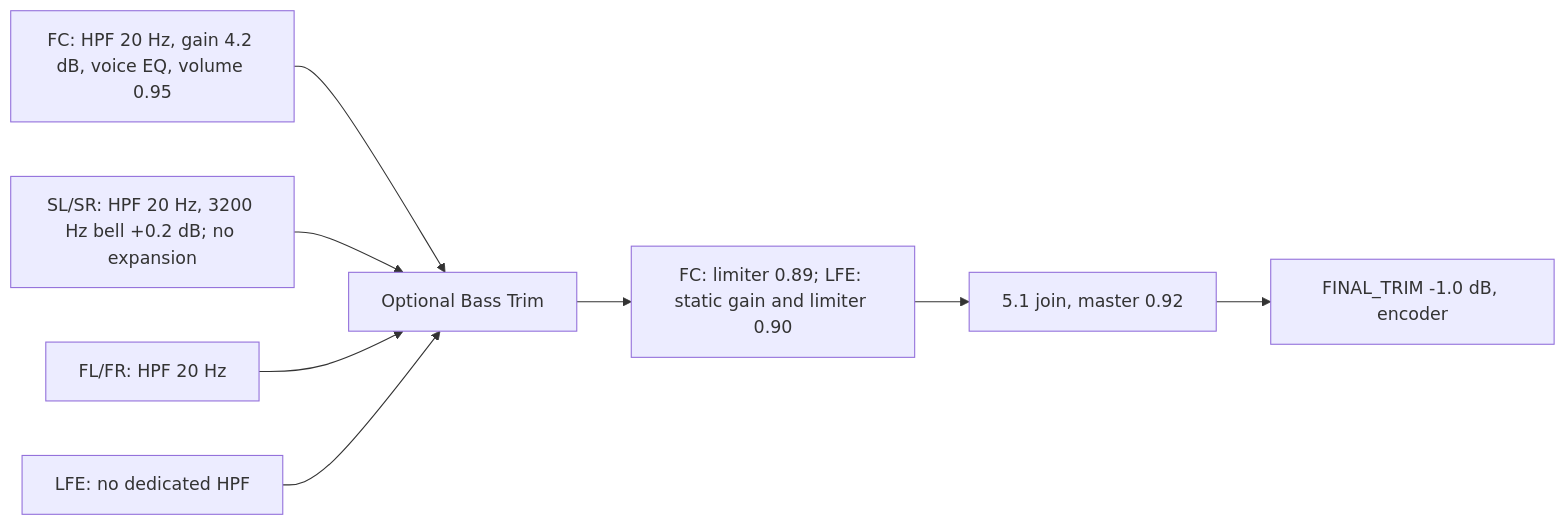
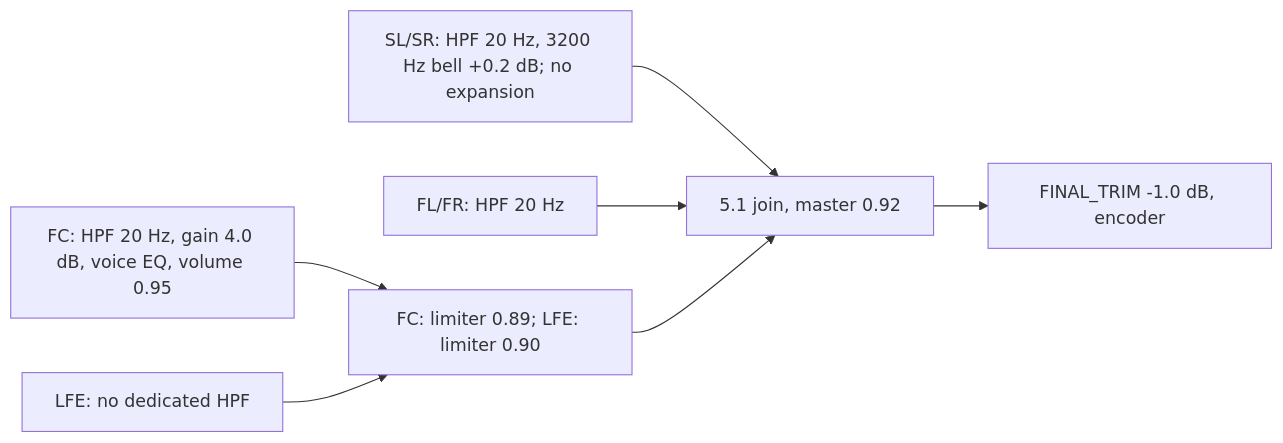
Before and after one commit to Damocle77/Psicoacustics: the diagram in README.en.md, drawn with Mermaid. The commit also changed other lines of this file and 6 other files, not shown here.

````diff
--- a/README.en.md
+++ b/README.en.md
@@ -470,10 +380,9 @@
 ```mermaid
 flowchart LR
-  FC["FC: HPF 20 Hz, gain 4.2 dB, voice EQ, volume 0.95"] --> BT["Optional Bass Trim"]
-  SUR["SL/SR: HPF 20 Hz, 3200 Hz bell +0.2 dB; no expansion"] --> BT
-  LR["FL/FR: HPF 20 Hz"] --> BT
-  LFE["LFE: no dedicated HPF"] --> BT
-  BT --> LIMIT["FC: limiter 0.89; LFE: static gain and limiter 0.90"]
+  FC["FC: HPF 20 Hz, gain 4.0 dB, voice EQ, volume 0.95"] --> LIMIT["FC: limiter 0.89; LFE: limiter 0.90"]
+  SUR["SL/SR: HPF 20 Hz, 3200 Hz bell +0.2 dB; no expansion"] --> JOIN
+  LR["FL/FR: HPF 20 Hz"] --> JOIN
+  LFE["LFE: no dedicated HPF"] --> LIMIT
   LIMIT --> JOIN["5.1 join, master 0.92"]
   JOIN --> TRIM["FINAL_TRIM -1.0 dB, encoder"]
 ```
````
